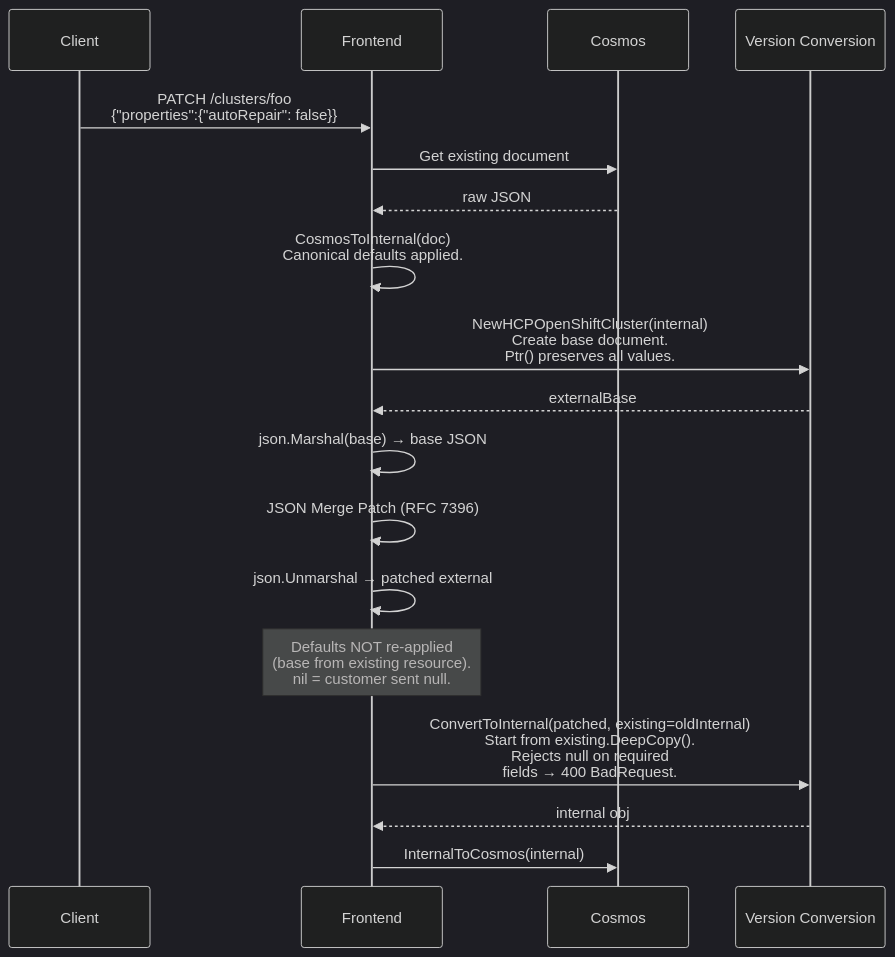
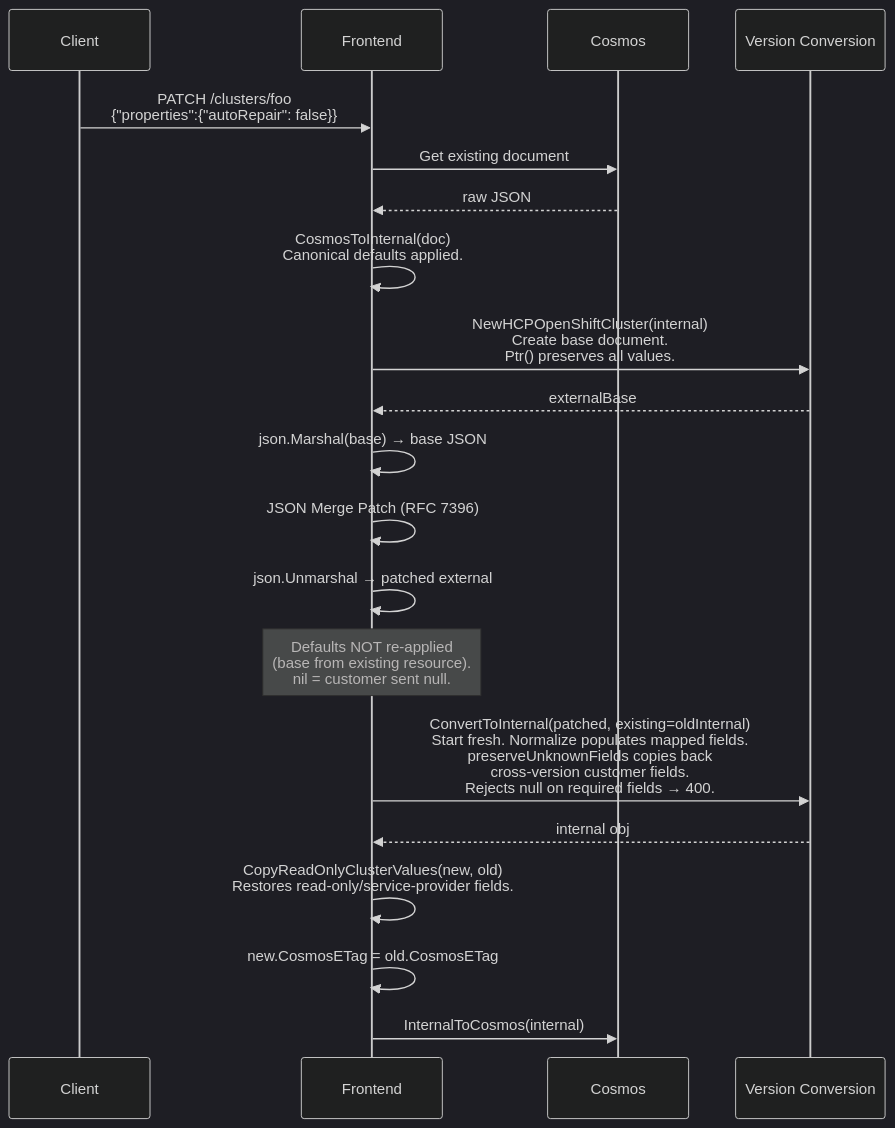
The fourth of 8 diagrams in docs/api-version-defaults-and-storage.md (Azure/ARO-HCP), drawn with Mermaid (dark theme) before and after one commit. The commit also changed other lines of this file and 10 other files, not shown here.

First line of the commit message:
api: flip ConvertToInternal to start-fresh with explicit copy-back

````diff
--- a/docs/api-version-defaults-and-storage.md
+++ b/docs/api-version-defaults-and-storage.md
@@ -118,21 +120,23 @@
 ```mermaid
 sequenceDiagram
     participant Client
     participant FE as Frontend
     participant Cosmos
     participant Conv as Version Conversion
 
     Client->>FE: PATCH /clusters/foo<br/>{"properties":{"autoRepair": false}}
     FE->>Cosmos: Get existing document
     Cosmos-->>FE: raw JSON
     FE->>FE: CosmosToInternal(doc)<br/>Canonical defaults applied.
     FE->>Conv: NewHCPOpenShiftCluster(internal)<br/>Create base document.<br/>Ptr() preserves all values.
     Conv-->>FE: externalBase
     FE->>FE: json.Marshal(base) → base JSON
     FE->>FE: JSON Merge Patch (RFC 7396)
     FE->>FE: json.Unmarshal → patched external
     Note over FE: Defaults NOT re-applied<br/>(base from existing resource).<br/>nil = customer sent null.
-    FE->>Conv: ConvertToInternal(patched, existing=oldInternal)<br/>Start from existing.DeepCopy().<br/>Rejects null on required<br/>fields → 400 BadRequest.
+    FE->>Conv: ConvertToInternal(patched, existing=oldInternal)<br/>Start fresh. Normalize populates mapped fields.<br/>preserveUnknownFields copies back<br/>cross-version customer fields.<br/>Rejects null on required fields → 400.
     Conv-->>FE: internal obj
+    FE->>FE: CopyReadOnlyClusterValues(new, old)<br/>Restores read-only/service-provider fields.
+    FE->>FE: new.CosmosETag = old.CosmosETag
     FE->>Cosmos: InternalToCosmos(internal)
 ```
````
